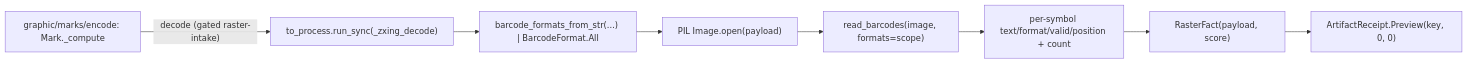
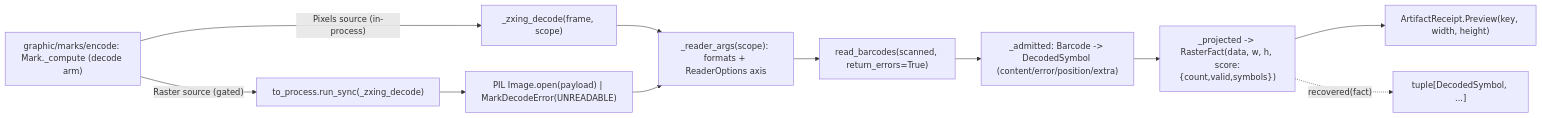
The diagram in libs/python/artifacts/.planning/graphic/marks/decode.md (bsamiee/Rasm), drawn with Mermaid before and after one commit. The commit also changed other lines of this file and 219 other files, not shown here.

````diff
--- a/libs/python/artifacts/.planning/graphic/marks/decode.md
+++ b/libs/python/artifacts/.planning/graphic/marks/decode.md
@@ -38,10 +316,13 @@
 ```mermaid
 flowchart LR
-    Compute["graphic/marks/encode: Mark._compute"] -->|"decode (gated raster-intake)"| Worker["to_process.run_sync(_zxing_decode)"]
-    Worker --> Scope["barcode_formats_from_str(...) | BarcodeFormat.All"]
-    Scope --> Open["PIL Image.open(payload)"]
-    Open --> Read["read_barcodes(image, formats=scope)"]
-    Read --> Score["per-symbol text/format/valid/position + count"]
-    Score --> Fact["RasterFact(payload, score)"]
-    Fact --> Receipt["ArtifactReceipt.Preview(key, 0, 0)"]
+    Compute["graphic/marks/encode: Mark._compute (decode arm)"] -->|"Raster source (gated)"| Worker["to_process.run_sync(_zxing_decode)"]
+    Compute -->|"Pixels source (in-process)"| Direct["_zxing_decode(frame, scope)"]
+    Worker --> Open["PIL Image.open(payload) | MarkDecodeError(UNREADABLE)"]
+    Direct --> Args
+    Open --> Args["_reader_args(scope): formats + ReaderOptions axis"]
+    Args --> Read["read_barcodes(scanned, return_errors=True)"]
+    Read --> Admit["_admitted: Barcode -> DecodedSymbol (content/error/position/extra)"]
+    Admit --> Fact["_projected -> RasterFact(data, w, h, score:{count,valid,symbols})"]
+    Fact --> Receipt["ArtifactReceipt.Preview(key, width, height)"]
+    Fact -.->|"recovered(fact)"| Typed["tuple[DecodedSymbol, ...]"]
 ```
````
